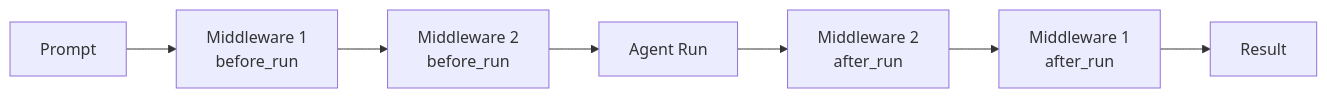
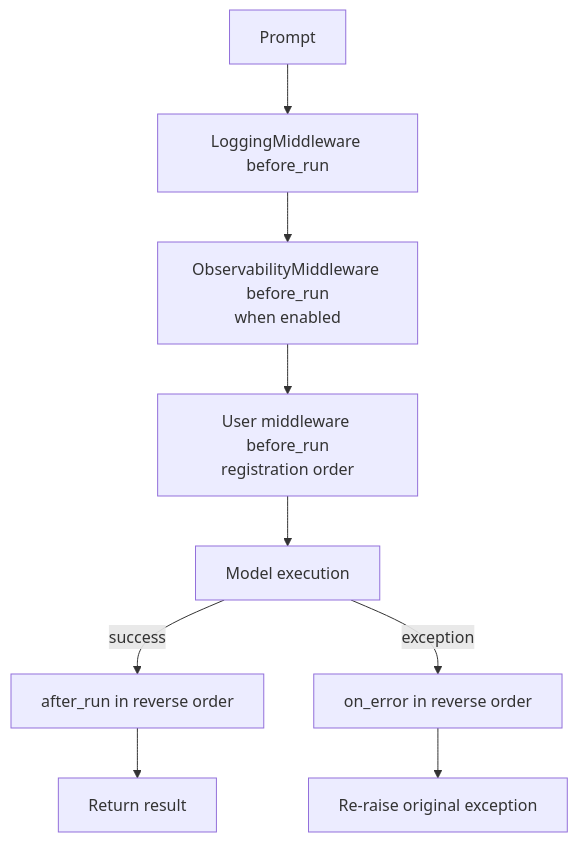
The third of 4 diagrams in docs/agents.md (fireflyframework/fireflyframework-agentic), drawn with Mermaid before and after one commit. The commit also changed other lines of this file and 49 other files, not shown here.

Commit message:
Align diagrams and guides with framework behavior

````diff
--- a/docs/agents.md
+++ b/docs/agents.md
@@ -657,5 +666,11 @@
 ```mermaid
-flowchart LR
-    REQ[Prompt] --> MW1["Middleware 1<br/>before_run"] --> MW2["Middleware 2<br/>before_run"] --> AGENT[Agent Run]
-    AGENT --> MW2R["Middleware 2<br/>after_run"] --> MW1R["Middleware 1<br/>after_run"] --> RES[Result]
+flowchart TD
+    PROMPT["Prompt"] --> LOG["LoggingMiddleware before_run"]
+    LOG --> OBS["ObservabilityMiddleware before_run<br/>when enabled"]
+    OBS --> USER["User middleware before_run<br/>registration order"]
+    USER --> RUN["Model execution"]
+    RUN -->|success| AFTER["after_run in reverse order"]
+    RUN -->|exception| ERROR["on_error in reverse order"]
+    AFTER --> RESULT["Return result"]
+    ERROR --> RAISE["Re-raise original exception"]
 ```
````
